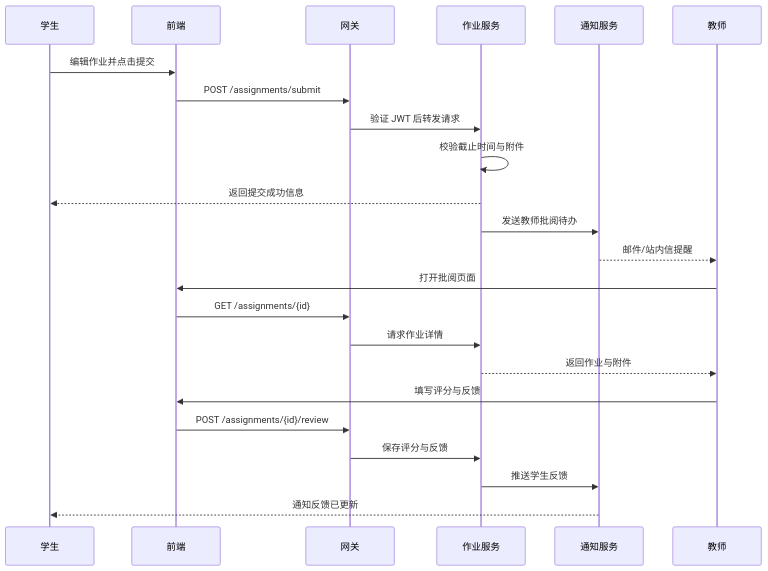
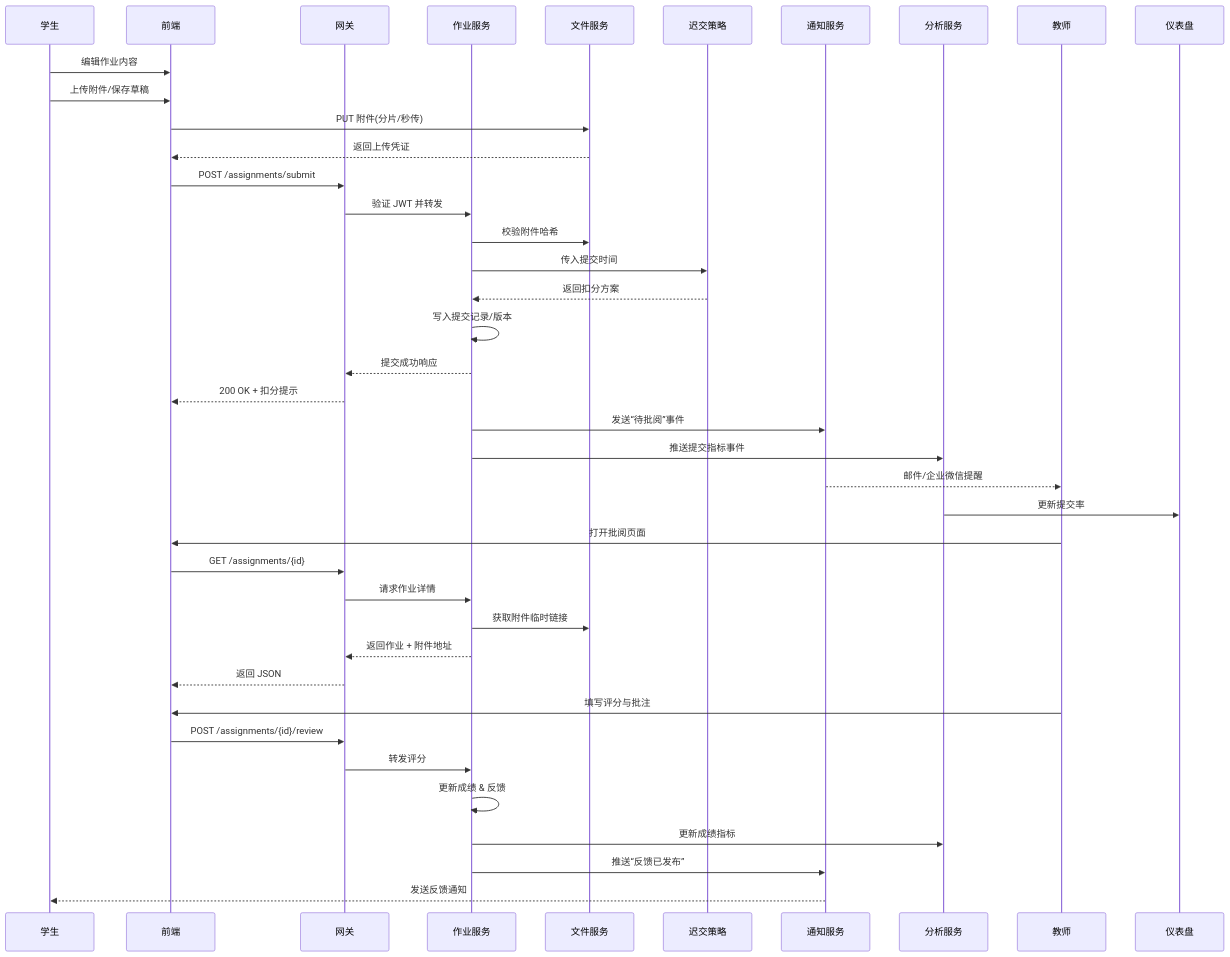
One commit to luckyJessie/douyin-game changed the diagram in docs/mermaid/assignment_sequence.mmd. Above: the diagram before and after it, drawn with Mermaid. The commit also changed 17 other files, not shown here.

Commit message:
Refactor: Update architecture and sequence diagrams

```diff
--- a/docs/mermaid/assignment_sequence.mmd
+++ b/docs/mermaid/assignment_sequence.mmd
@@ -1,24 +1,41 @@
 sequenceDiagram
     participant 学生
     participant 前端
     participant 网关
     participant 作业服务
+    participant 文件服务
+    participant 迟交策略
     participant 通知服务
+    participant 分析服务
     participant 教师
 
-    学生->>前端: 编辑作业并点击提交
+    学生->>前端: 编辑作业内容
+    学生->>前端: 上传附件/保存草稿
+    前端->>文件服务: PUT 附件(分片/秒传)
+    文件服务-->>前端: 返回上传凭证
     前端->>网关: POST /assignments/submit
-    网关->>作业服务: 验证 JWT 后转发请求
-    作业服务->>作业服务: 校验截止时间与附件
-    作业服务-->>学生: 返回提交成功信息
-    作业服务->>通知服务: 发送教师批阅待办
-    通知服务-->>教师: 邮件/站内信提醒
+    网关->>作业服务: 验证 JWT 并转发
+    作业服务->>文件服务: 校验附件哈希
+    作业服务->>迟交策略: 传入提交时间
+    迟交策略-->>作业服务: 返回扣分方案
+    作业服务->>作业服务: 写入提交记录/版本
+    作业服务-->>网关: 提交成功响应
+    网关-->>前端: 200 OK + 扣分提示
+    作业服务->>通知服务: 发送“待批阅”事件
+    作业服务->>分析服务: 推送提交指标事件
+    通知服务-->>教师: 邮件/企业微信提醒
+    分析服务->>仪表盘: 更新提交率
+
     教师->>前端: 打开批阅页面
     前端->>网关: GET /assignments/{id}
     网关->>作业服务: 请求作业详情
-    作业服务-->>教师: 返回作业与附件
-    教师->>前端: 填写评分与反馈
+    作业服务->>文件服务: 获取附件临时链接
+    作业服务-->>网关: 返回作业 + 附件地址
+    网关-->>前端: 返回 JSON
+    教师->>前端: 填写评分与批注
     前端->>网关: POST /assignments/{id}/review
-    网关->>作业服务: 保存评分与反馈
-    作业服务->>通知服务: 推送学生反馈
-    通知服务-->>学生: 通知反馈已更新
+    网关->>作业服务: 转发评分
+    作业服务->>作业服务: 更新成绩 & 反馈
+    作业服务->>分析服务: 更新成绩指标
+    作业服务->>通知服务: 推送“反馈已发布”
+    通知服务-->>学生: 发送反馈通知
```
